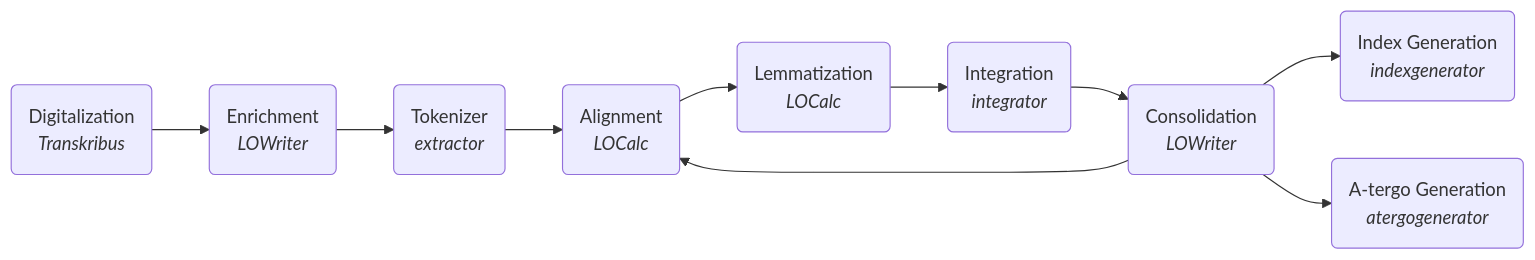
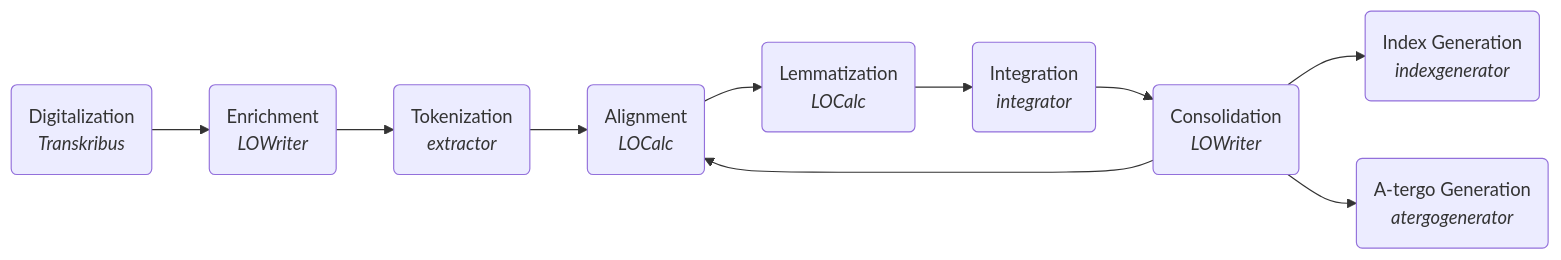
Before and after one commit to mapto/UchitelnoEvangelie: the diagram in README.md, drawn with Mermaid. The commit also changed other lines of this file, not shown here.

Commit message:
tokenization explained better

````diff
--- a/README.md
+++ b/README.md
@@ -18,11 +18,11 @@
 ```mermaid
 graph LR
     A(Digitalization<br/><i>Transkribus</i>) --> AA(Enrichment<br/><i>LOWriter</i>) 
-    AA --> B(Tokenizer<br/><i>extractor</i>)
+    AA --> B(Tokenization<br/><i>extractor</i>)
     B --> C(Alignment<br/><i>LOCalc</i>)
     C --> D(Lemmatization<br/><i>LOCalc</i>)
     D --> E(Integration<br/><i>integrator</i>)
     E --> F(Consolidation<br/><i>LOWriter</i>)
     F --> C
     F --> G(Index Generation<br/><i>indexgenerator</i>) & H("A-tergo Generation<br/><i>atergogenerator</i>") 
 ```
````
